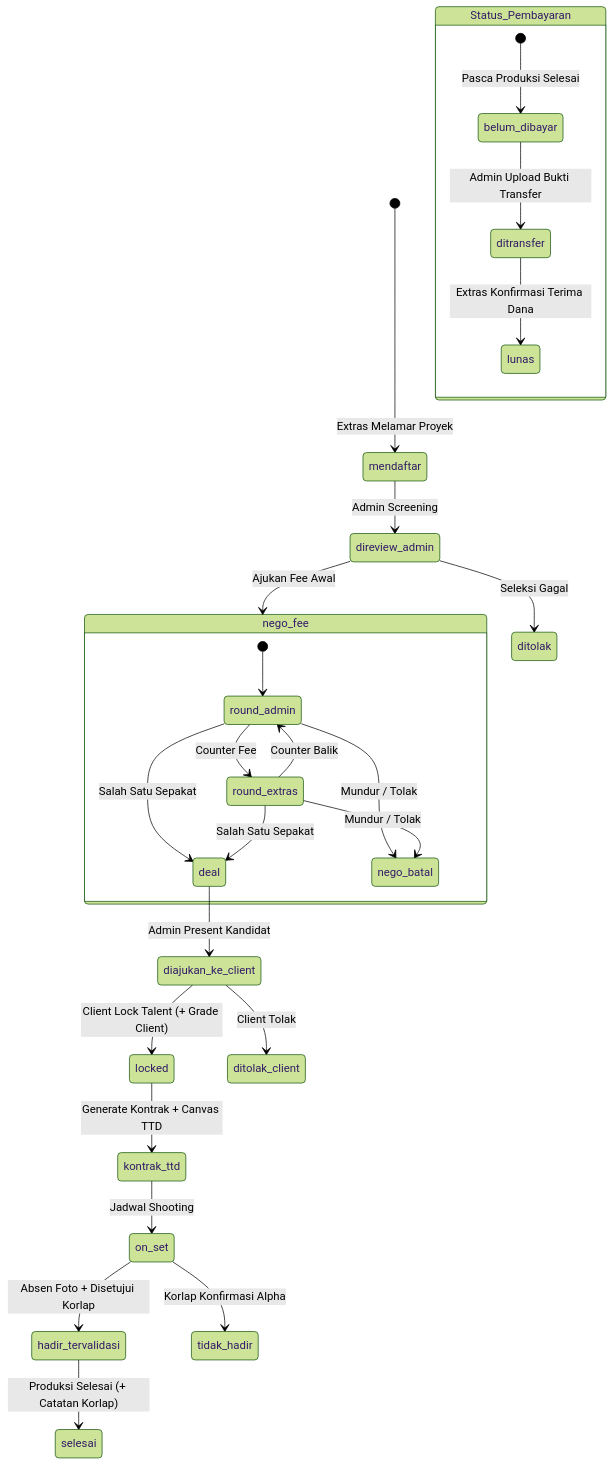
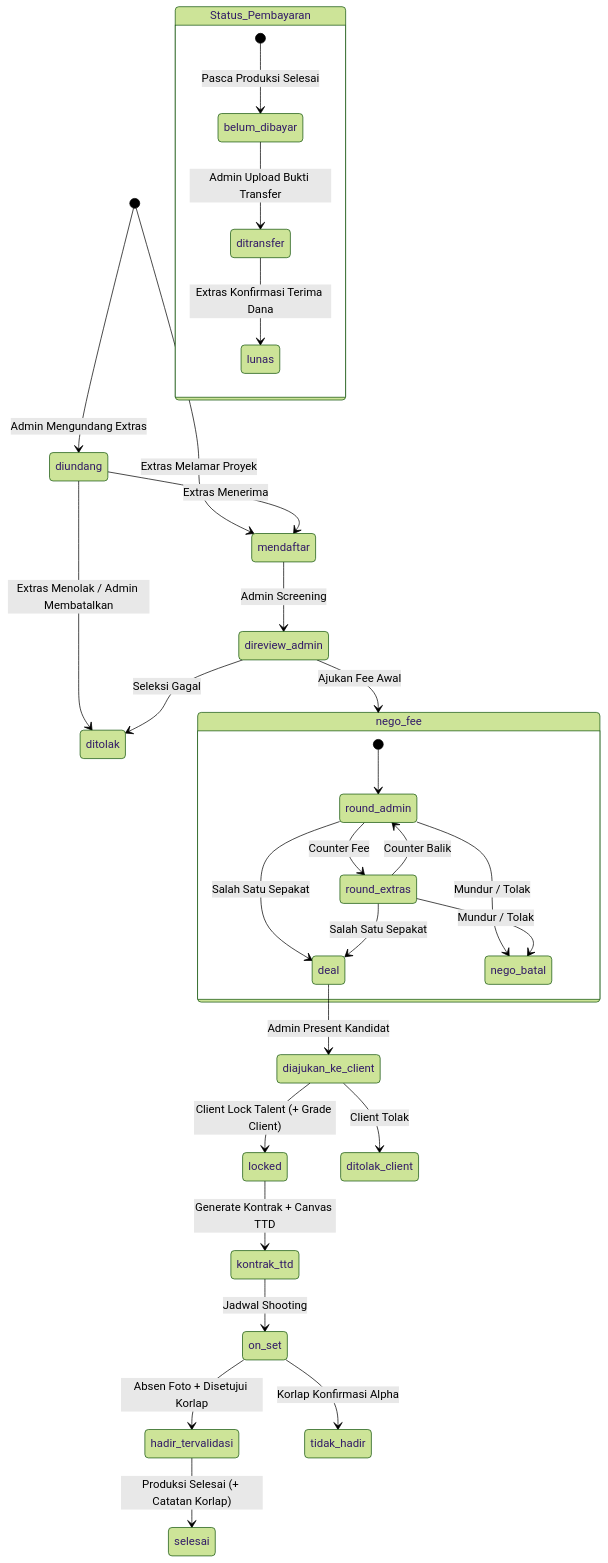
Before and after one commit to fakrl/extras: the second of 3 diagrams in docs/SYSTEM-ARCHITECTURE.md, drawn with Mermaid (forest theme). The commit also changed other lines of this file and 4 other files, not shown here.

````diff
--- a/docs/SYSTEM-ARCHITECTURE.md
+++ b/docs/SYSTEM-ARCHITECTURE.md
@@ -84,34 +84,37 @@
 ```mermaid
 stateDiagram-v2
     [*] --> mendaftar: Extras Melamar Proyek
+    [*] --> diundang: Admin Mengundang Extras
+    diundang --> mendaftar: Extras Menerima
+    diundang --> ditolak: Extras Menolak / Admin Membatalkan
     mendaftar --> direview_admin: Admin Screening
     direview_admin --> nego_fee: Ajukan Fee Awal
     direview_admin --> ditolak: Seleksi Gagal
     
     state nego_fee {
         [*] --> round_admin
         round_admin --> round_extras: Counter Fee
         round_extras --> round_admin: Counter Balik
         round_admin --> deal: Salah Satu Sepakat
         round_extras --> deal: Salah Satu Sepakat
         round_admin --> nego_batal: Mundur / Tolak
         round_extras --> nego_batal: Mundur / Tolak
     }
     
     deal --> diajukan_ke_client: Admin Present Kandidat
     diajukan_ke_client --> locked: Client Lock Talent (+ Grade Client)
     diajukan_ke_client --> ditolak_client: Client Tolak
     
     locked --> kontrak_ttd: Generate Kontrak + Canvas TTD
     kontrak_ttd --> on_set: Jadwal Shooting
     on_set --> hadir_tervalidasi: Absen Foto + Disetujui Korlap
     on_set --> tidak_hadir: Korlap Konfirmasi Alpha
     
     hadir_tervalidasi --> selesai: Produksi Selesai (+ Catatan Korlap)
     
     state Status_Pembayaran {
         [*] --> belum_dibayar: Pasca Produksi Selesai
         belum_dibayar --> ditransfer: Admin Upload Bukti Transfer
         ditransfer --> lunas: Extras Konfirmasi Terima Dana
     }
 ```
````
